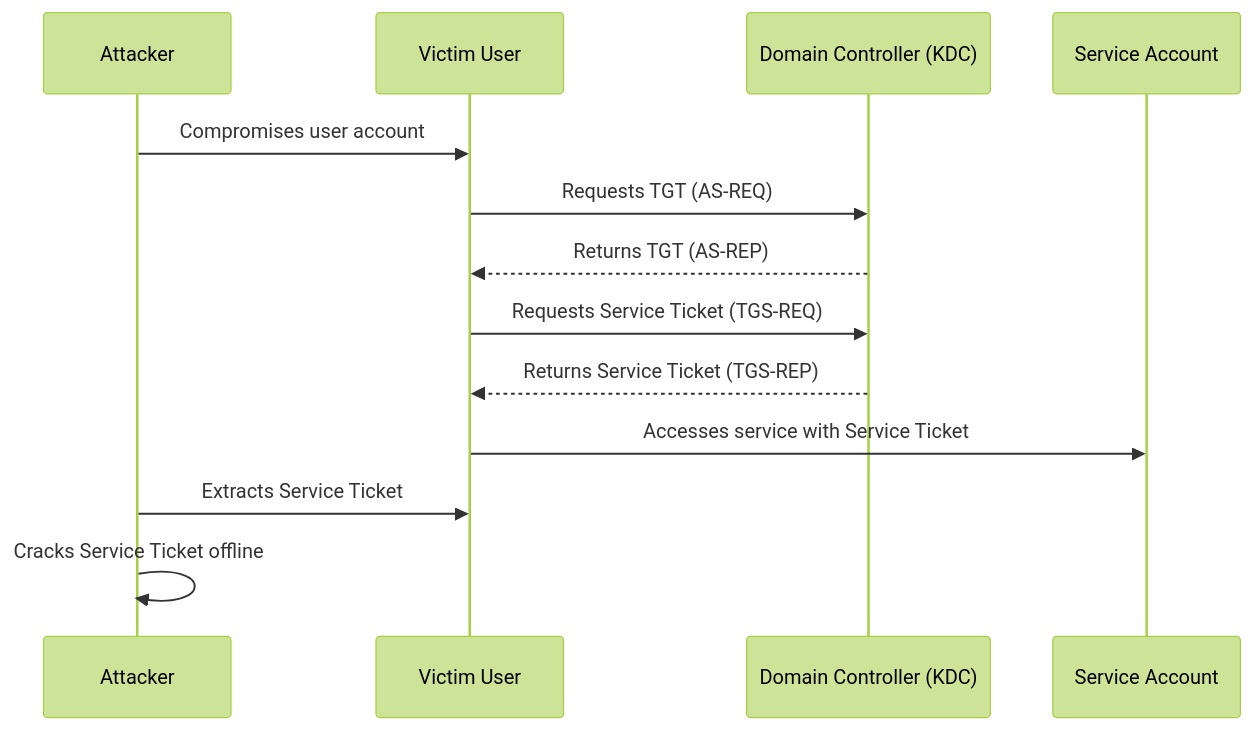
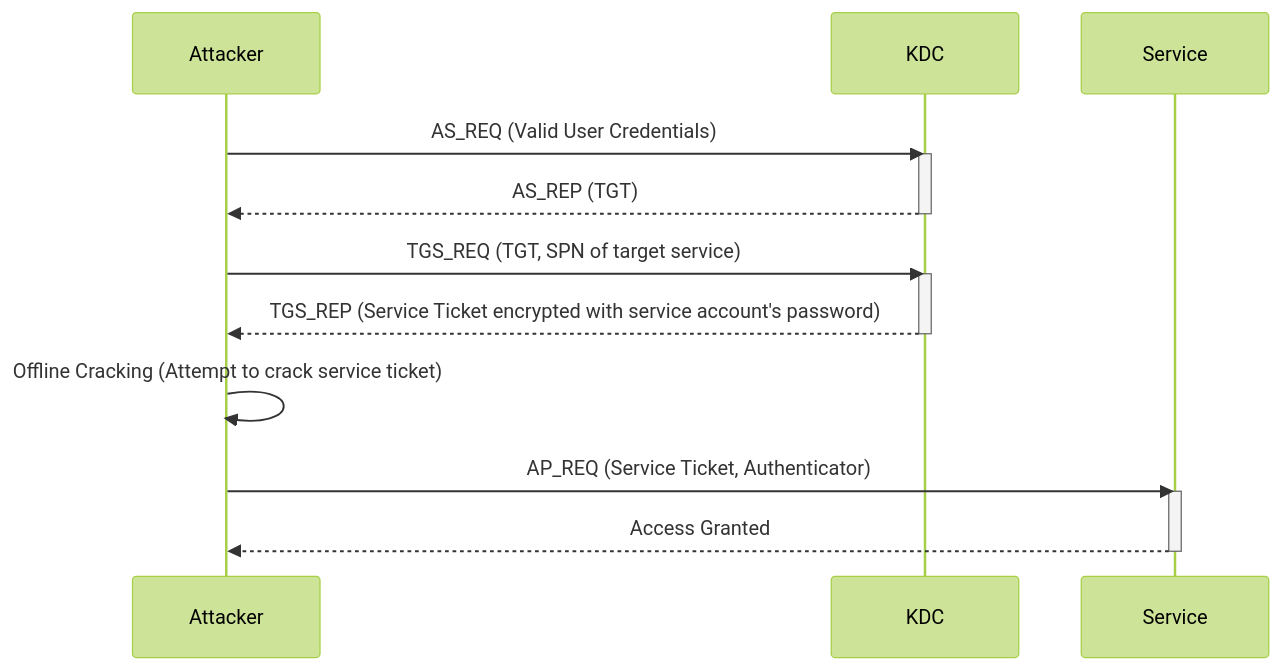
One commit to krovs/oscp-notes changed the third of 4 diagrams in docs/19_ad_exploitation.md. Above: the diagram before and after it, drawn with Mermaid (forest theme). The commit also changed other lines of this file and 1 other file, not shown here.

Commit message:
Add Kerberos basic auth and update diagrams

````diff
--- a/docs/19_ad_exploitation.md
+++ b/docs/19_ad_exploitation.md
@@ -52,16 +78,23 @@
 ```mermaid
 sequenceDiagram
     participant Attacker
-    participant Victim User
-    participant Domain Controller (KDC)
-    participant Service Account
+    participant KDC
+    participant Service
 
-    Attacker->>Victim User: Compromises user account
-    Victim User->>Domain Controller (KDC): Requests TGT (AS-REQ)
-    Domain Controller (KDC)-->>Victim User: Returns TGT (AS-REP)
-    Victim User->>Domain Controller (KDC): Requests Service Ticket (TGS-REQ)
-    Domain Controller (KDC)-->>Victim User: Returns Service Ticket (TGS-REP)
-    Victim User->>Service Account: Accesses service with Service Ticket
-    Attacker->>Victim User: Extracts Service Ticket
-    Attacker->>Attacker: Cracks Service Ticket offline
+    Attacker->>KDC: AS_REQ (Valid User Credentials)
+    activate KDC
+    KDC-->>Attacker: AS_REP (TGT)
+    deactivate KDC
+
+    Attacker->>KDC: TGS_REQ (TGT, SPN of target service)
+    activate KDC
+    KDC-->>Attacker: TGS_REP (Service Ticket encrypted with service account's password)
+    deactivate KDC
+
+    Attacker->>Attacker: Offline Cracking (Attempt to crack service ticket)
+
+    Attacker->>Service: AP_REQ (Service Ticket, Authenticator)
+    activate Service
+    Service-->>Attacker: Access Granted
+    deactivate Service
 ```
````
